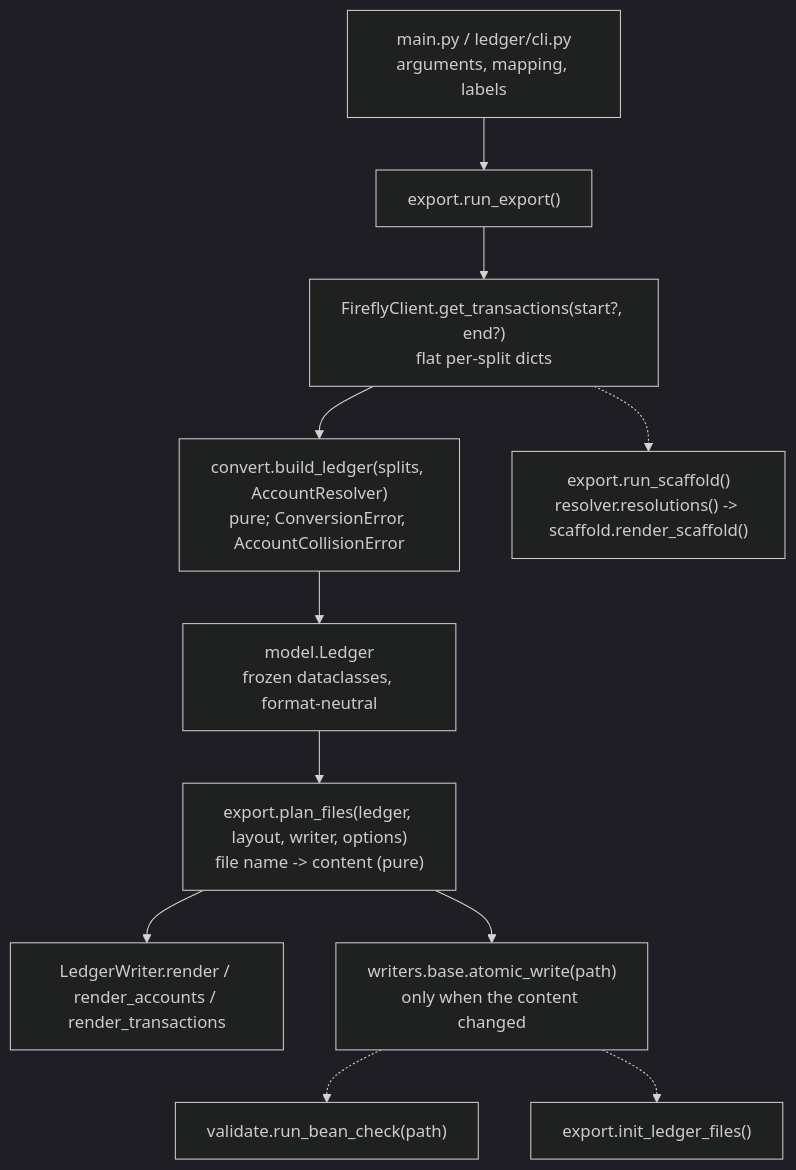
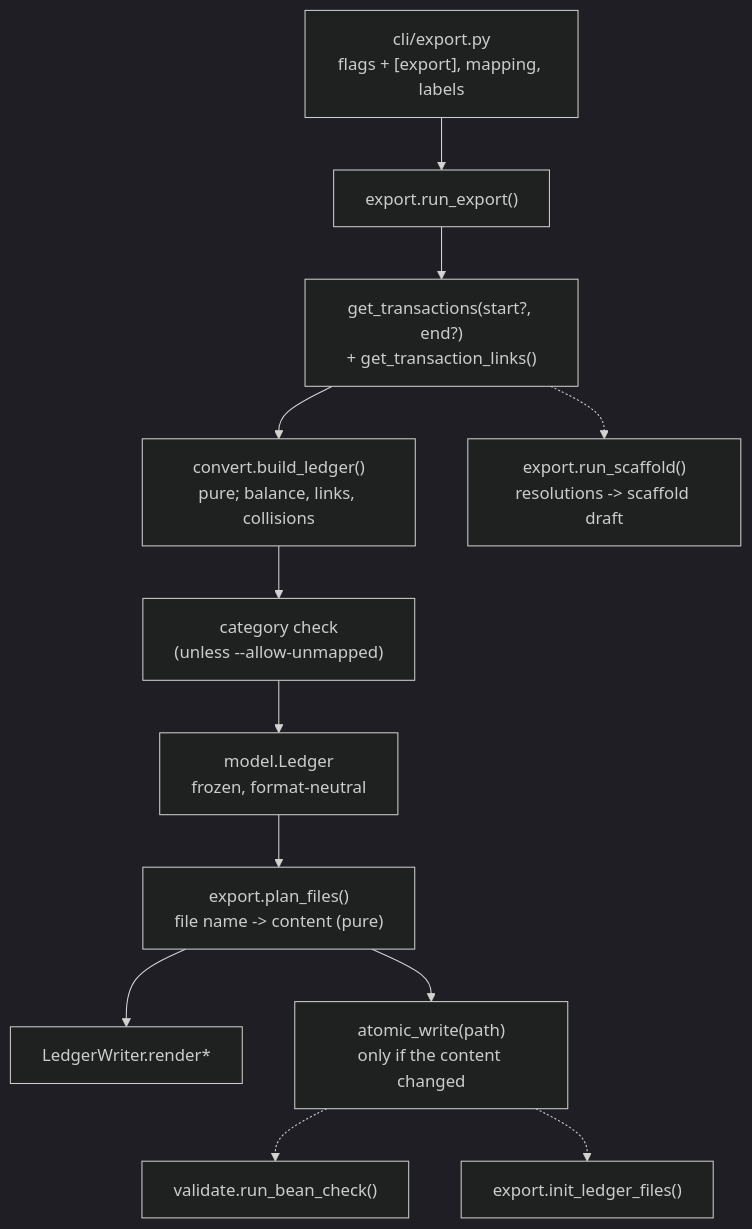
One commit to fran33git/firefly-reports changed the first of 6 diagrams in docs/wiki/Ledger-Architecture.md. Above: the diagram before and after it, drawn with Mermaid (dark theme). The commit also changed other lines of this file and 13 other files, not shown here.

````diff
--- a/docs/wiki/Ledger-Architecture.md
+++ b/docs/wiki/Ledger-Architecture.md
@@ -16,13 +45,14 @@
 ```mermaid
 flowchart TD
-    CLIIN["main.py / ledger/cli.py<br/>arguments, mapping, labels"] --> RUN["export.run_export()"]
-    RUN --> GT["FireflyClient.get_transactions(start?, end?)<br/>flat per-split dicts"]
-    GT --> BL["convert.build_ledger(splits, AccountResolver)<br/>pure; ConversionError, AccountCollisionError"]
-    BL --> LG["model.Ledger<br/>frozen dataclasses, format-neutral"]
-    LG --> PF["export.plan_files(ledger, layout, writer, options)<br/>file name -> content (pure)"]
-    PF --> WR["LedgerWriter.render / render_accounts / render_transactions"]
-    PF --> AW["writers.base.atomic_write(path)<br/>only when the content changed"]
-    AW -.-> VB["validate.run_bean_check(path)"]
+    CLIIN["cli/export.py<br/>flags + [export], mapping, labels"] --> RUN["export.run_export()"]
+    RUN --> GT["get_transactions(start?, end?)<br/>+ get_transaction_links()"]
+    GT --> BL["convert.build_ledger()<br/>pure; balance, links, collisions"]
+    BL --> CC["category check<br/>(unless --allow-unmapped)"]
+    CC --> LG["model.Ledger<br/>frozen, format-neutral"]
+    LG --> PF["export.plan_files()<br/>file name -> content (pure)"]
+    PF --> WR["LedgerWriter.render*"]
+    PF --> AW["atomic_write(path)<br/>only if the content changed"]
+    AW -.-> VB["validate.run_bean_check()"]
     AW -.-> IN["export.init_ledger_files()"]
-    GT -.-> SC["export.run_scaffold()<br/>resolver.resolutions() -> scaffold.render_scaffold()"]
+    GT -.-> SC["export.run_scaffold()<br/>resolutions -> scaffold draft"]
 ```
````
